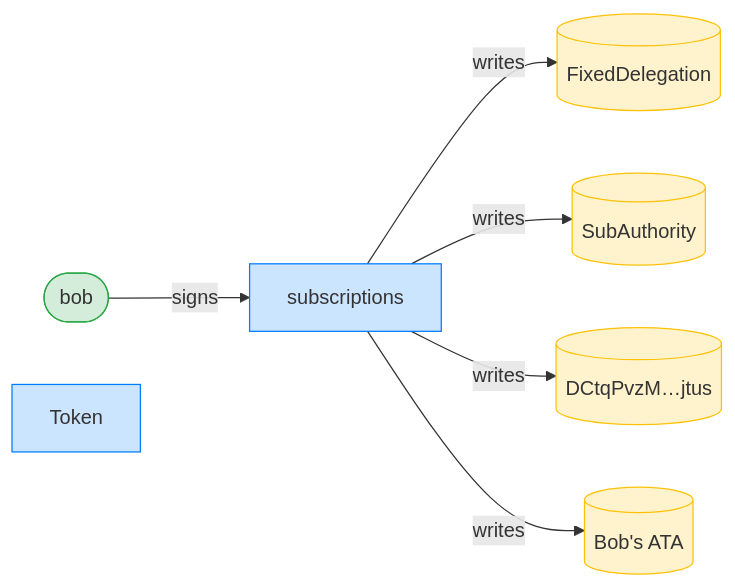
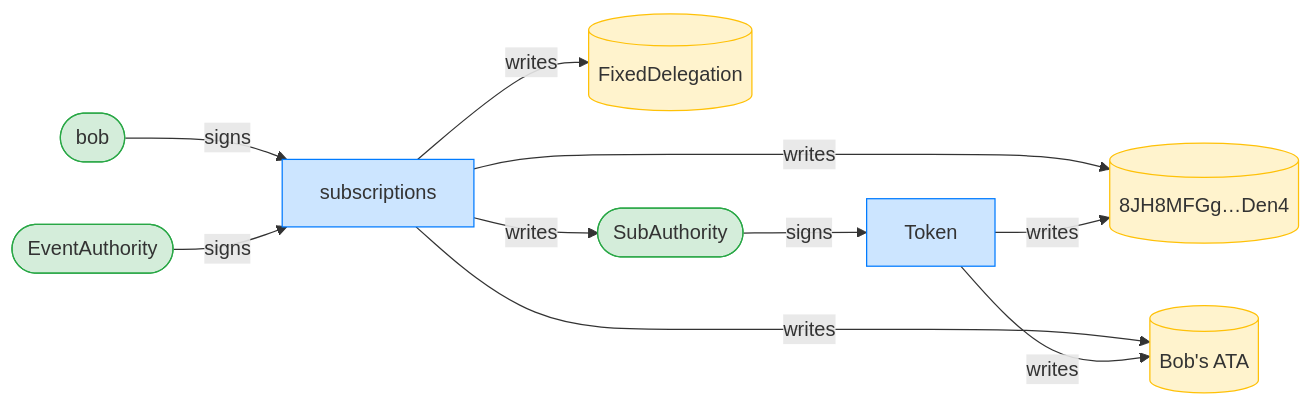
One commit to cds-rs/subscriptions changed diagram 11 of 12 in dsl_tests/create-a-fixed-delegation-with-a-zero-expiry.md. Above: the diagram before and after it, drawn with Mermaid. The commit also changed other lines of this file and 224 other files, not shown here.

````diff
--- a/dsl_tests/create-a-fixed-delegation-with-a-zero-expiry.md
+++ b/dsl_tests/create-a-fixed-delegation-with-a-zero-expiry.md
@@ -211,18 +220,23 @@
 ```mermaid
 flowchart LR
     classDef signer fill:#d4edda,stroke:#28a745;
     classDef program fill:#cce5ff,stroke:#007bff;
     classDef writable fill:#fff3cd,stroke:#ffc107;
     subscriptions[subscriptions]:::program
     FixedDelegation[(FixedDelegation)]:::writable
-    SubAuthority[(SubAuthority)]:::writable
-    DCtqPvzM_jtus[("DCtqPvzM…jtus")]:::writable
+    SubAuthority([SubAuthority]):::signer
+    8JH8MFGg_Den4[("8JH8MFGg…Den4")]:::writable
     Bob_s_ATA[("Bob's ATA")]:::writable
     bob([bob]):::signer
     Token[Token]:::program
+    EventAuthority([EventAuthority]):::signer
     bob -->|signs| subscriptions
+    SubAuthority -->|signs| Token
+    EventAuthority -->|signs| subscriptions
     subscriptions -->|writes| FixedDelegation
     subscriptions -->|writes| SubAuthority
-    subscriptions -->|writes| DCtqPvzM_jtus
+    subscriptions -->|writes| 8JH8MFGg_Den4
     subscriptions -->|writes| Bob_s_ATA
+    Token -->|writes| 8JH8MFGg_Den4
+    Token -->|writes| Bob_s_ATA
 ```
````
